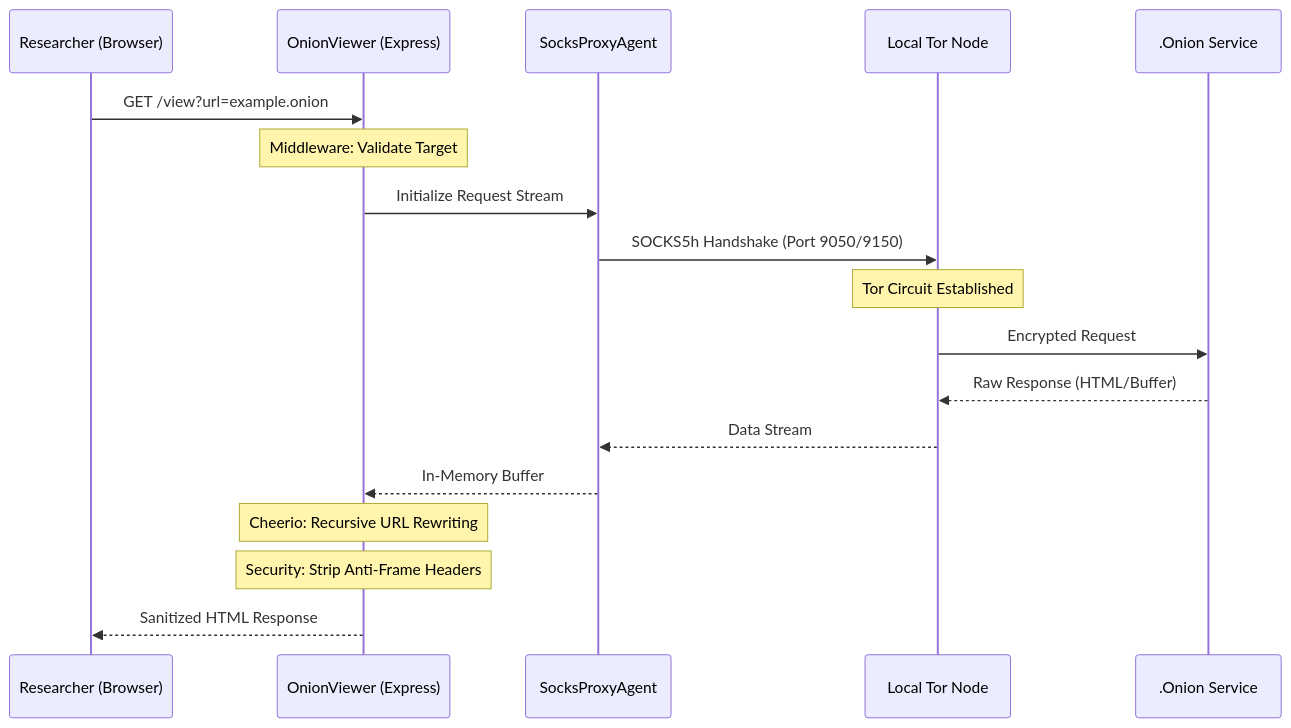
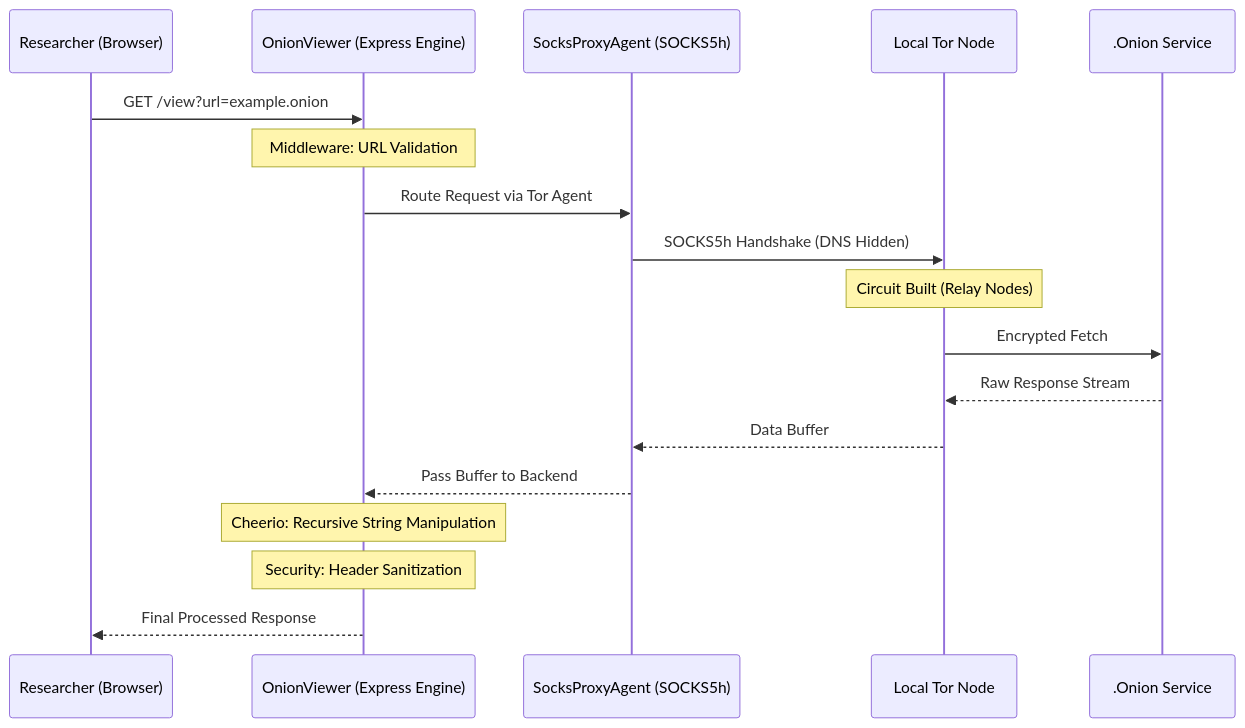
Before and after one commit to cyberethicc/OnionViewer: the diagram in README.md, drawn with Mermaid. The commit also changed other lines of this file, not shown here.

````diff
--- a/README.md
+++ b/README.md
@@ -40,21 +40,21 @@
 ```mermaid
 sequenceDiagram
     participant U as Researcher (Browser)
-    participant B as OnionViewer (Express)
-    participant P as SocksProxyAgent
+    participant B as OnionViewer (Express Engine)
+    participant P as SocksProxyAgent (SOCKS5h)
     participant T as Local Tor Node
     participant S as .Onion Service
 
     U->>B: GET /view?url=example.onion
-    Note over B: Middleware: Validate Target
-    B->>P: Initialize Request Stream
-    P->>T: SOCKS5h Handshake (Port 9050/9150)
-    Note over T: Tor Circuit Established
-    T->>S: Encrypted Request
-    S-->>T: Raw Response (HTML/Buffer)
-    T-->>P: Data Stream
-    P-->>B: In-Memory Buffer
-    Note over B: Cheerio: Recursive URL Rewriting
-    Note over B: Security: Strip Anti-Frame Headers
-    B-->>U: Sanitized HTML Response
+    Note over B: Middleware: URL Validation
+    B->>P: Route Request via Tor Agent
+    P->>T: SOCKS5h Handshake (DNS Hidden)
+    Note over T: Circuit Built (Relay Nodes)
+    T->>S: Encrypted Fetch
+    S-->>T: Raw Response Stream
+    T-->>P: Data Buffer
+    P-->>B: Pass Buffer to Backend
+    Note over B: Cheerio: Recursive String Manipulation
+    Note over B: Security: Header Sanitization
+    B-->>U: Final Processed Response
 ```
````
